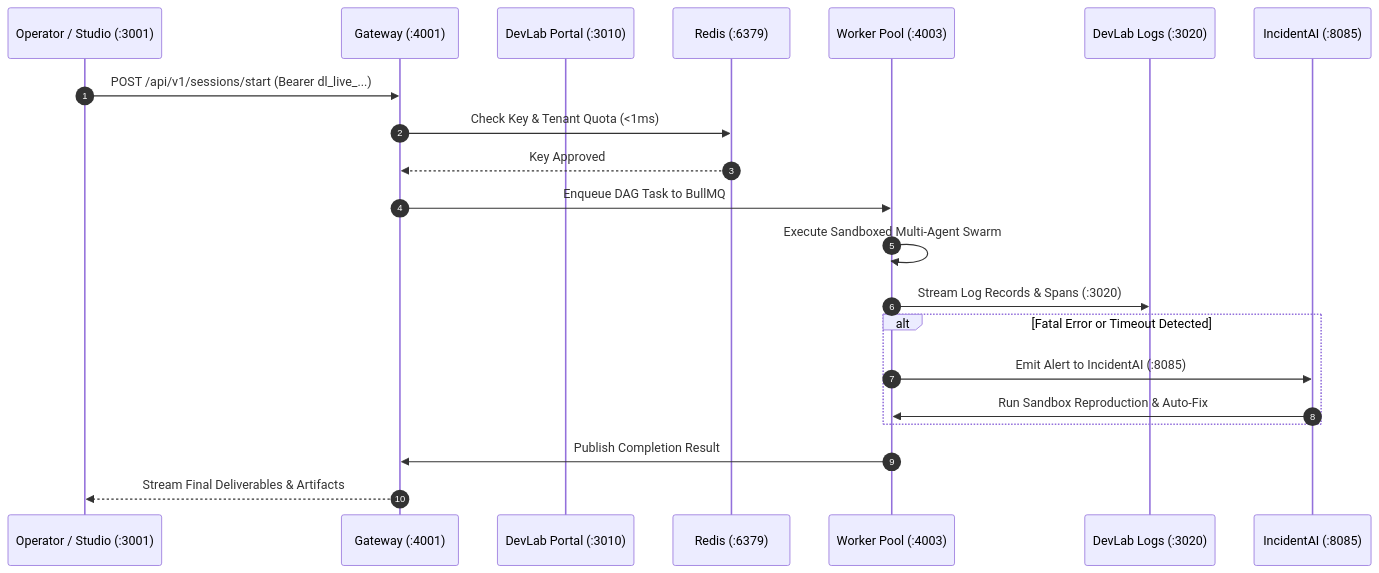
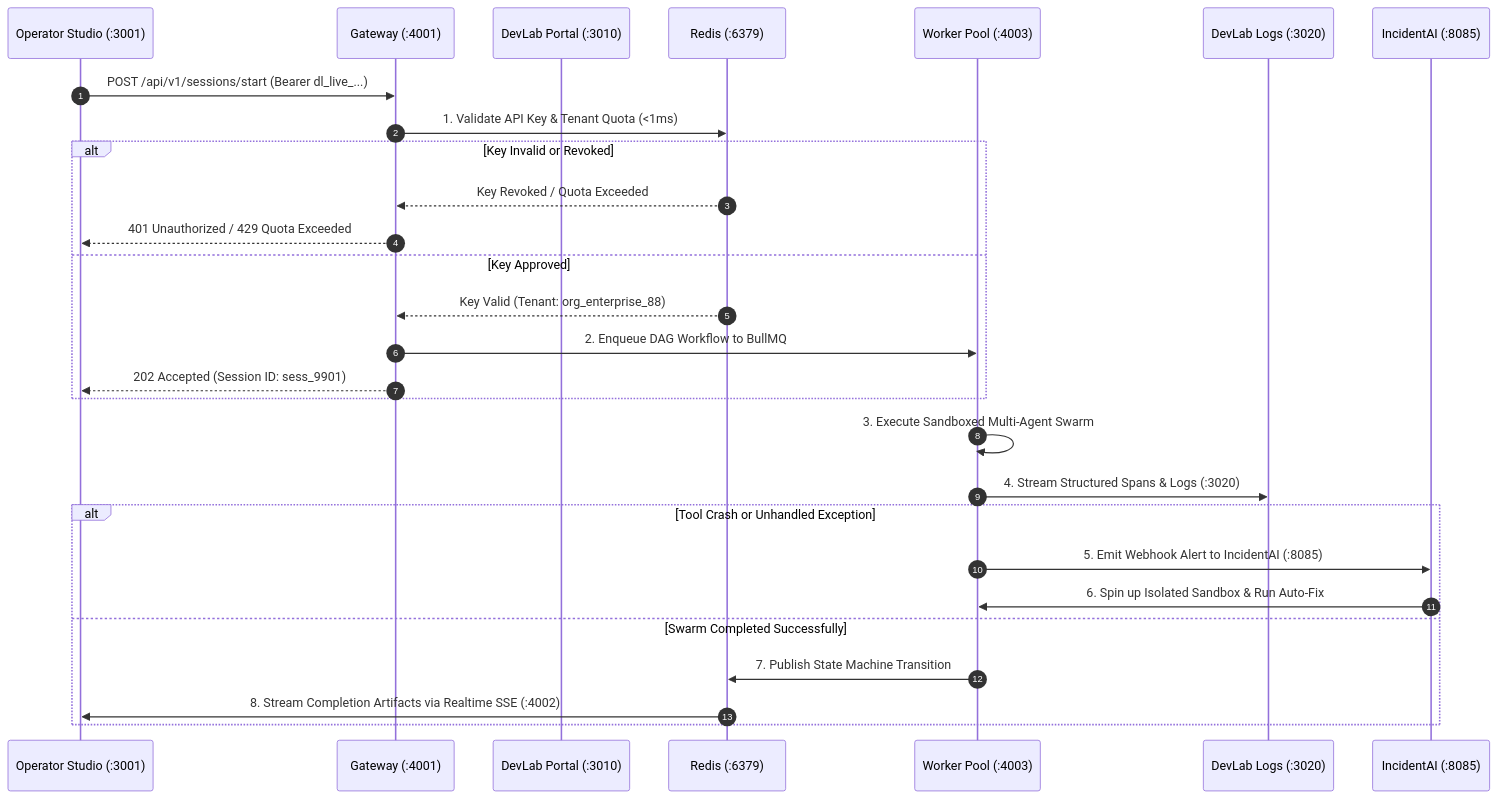
One commit to yuvadevlab/orchestrai changed the diagram in PROJECT_INFO.md. Above: the diagram before and after it, drawn with Mermaid. The commit also changed other lines of this file, not shown here.

````diff
--- a/PROJECT_INFO.md
+++ b/PROJECT_INFO.md
@@ -140,24 +175,33 @@
 ```mermaid
 sequenceDiagram
     autonumber
-    participant Op as Operator / Studio (:3001)
+    participant Op as Operator Studio (:3001)
     participant GW as Gateway (:4001)
     participant DP as DevLab Portal (:3010)
     participant Redis as Redis (:6379)
     participant Worker as Worker Pool (:4003)
     participant DL as DevLab Logs (:3020)
     participant IA as IncidentAI (:8085)
 
     Op->>GW: POST /api/v1/sessions/start (Bearer dl_live_...)
-    GW->>Redis: Check Key & Tenant Quota (<1ms)
-    Redis-->>GW: Key Approved
-    GW->>Worker: Enqueue DAG Task to BullMQ
-    Worker->>Worker: Execute Sandboxed Multi-Agent Swarm
-    Worker->>DL: Stream Log Records & Spans (:3020)
-    alt Fatal Error or Timeout Detected
-        Worker->>IA: Emit Alert to IncidentAI (:8085)
-        IA->>Worker: Run Sandbox Reproduction & Auto-Fix
+    GW->>Redis: 1. Validate API Key & Tenant Quota (<1ms)
+    alt Key Invalid or Revoked
+        Redis-->>GW: Key Revoked / Quota Exceeded
+        GW-->>Op: 401 Unauthorized / 429 Quota Exceeded
+    else Key Approved
+        Redis-->>GW: Key Valid (Tenant: org_enterprise_88)
+        GW->>Worker: 2. Enqueue DAG Workflow to BullMQ
+        GW-->>Op: 202 Accepted (Session ID: sess_9901)
     end
-    Worker->>GW: Publish Completion Result
-    GW-->>Op: Stream Final Deliverables & Artifacts
+
+    Worker->>Worker: 3. Execute Sandboxed Multi-Agent Swarm
+    Worker->>DL: 4. Stream Structured Spans & Logs (:3020)
+
+    alt Tool Crash or Unhandled Exception
+        Worker->>IA: 5. Emit Webhook Alert to IncidentAI (:8085)
+        IA->>Worker: 6. Spin up Isolated Sandbox & Run Auto-Fix
+    else Swarm Completed Successfully
+        Worker->>Redis: 7. Publish State Machine Transition
+        Redis->>Op: 8. Stream Completion Artifacts via Realtime SSE (:4002)
+    end
 ```
````
